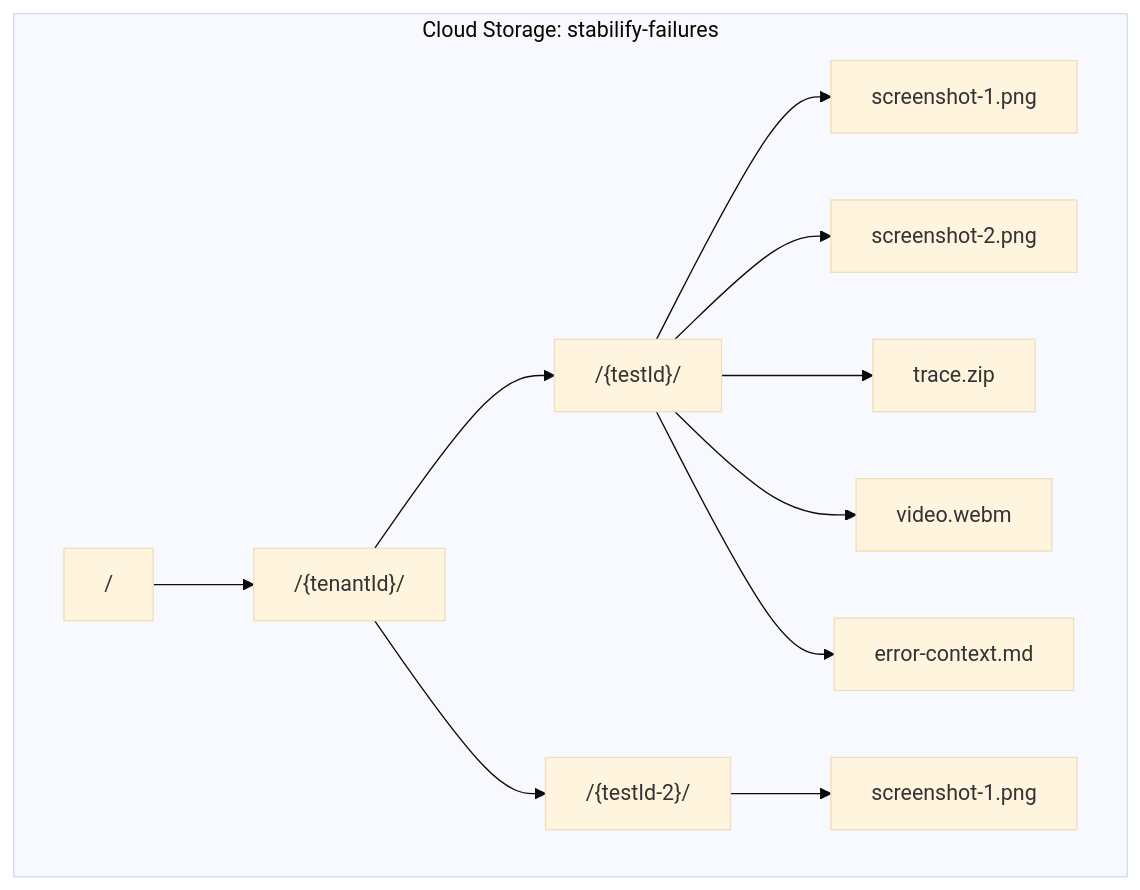
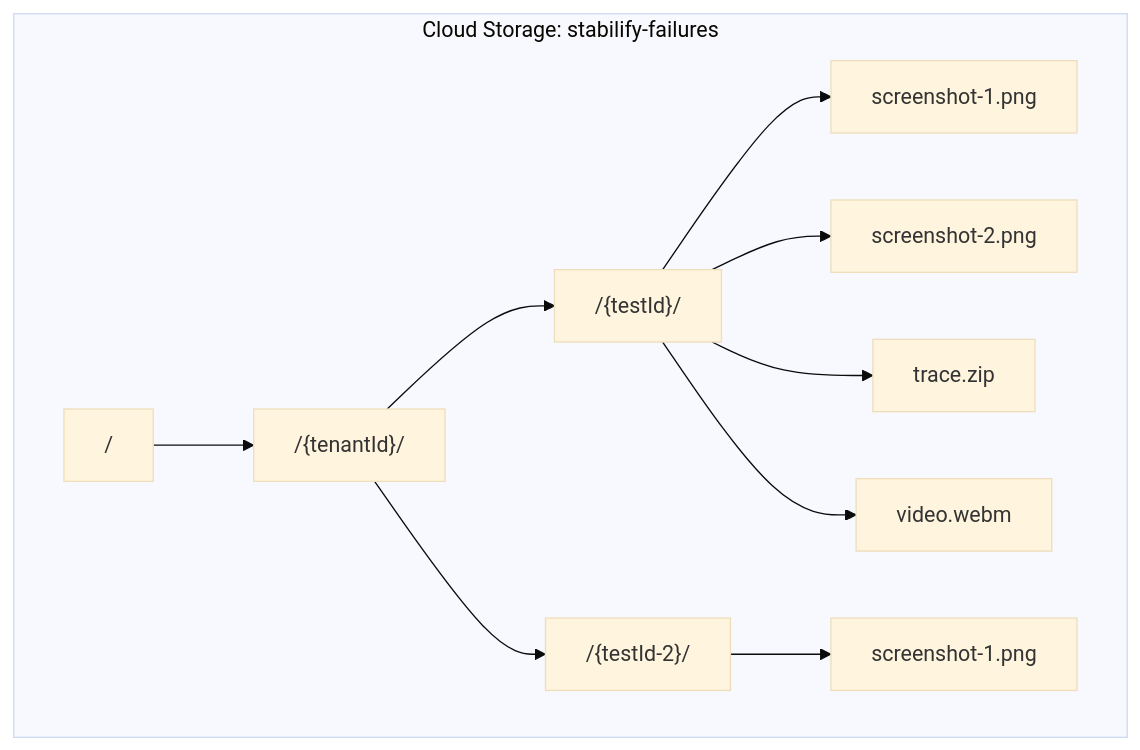
One commit to phillihoch/stabilify changed the fourth of 10 diagrams in docs/architektur-plan-stabilify-server.md. Above: the diagram before and after it, drawn with Mermaid (base theme). The commit also changed other lines of this file and 28 other files, not shown here.

````diff
--- a/docs/architektur-plan-stabilify-server.md
+++ b/docs/architektur-plan-stabilify-server.md
@@ -269,15 +269,14 @@
 ```mermaid
 graph TD
     subgraph "Cloud Storage: stabilify-failures"
         ROOT["/"] --> T1["/{tenantId}/"]
         T1 --> TEST1["/{testId}/"]
         TEST1 --> SS["screenshot-1.png"]
         TEST1 --> SS2["screenshot-2.png"]
         TEST1 --> TR["trace.zip"]
         TEST1 --> VD["video.webm"]
-        TEST1 --> EC["error-context.md"]
 
         T1 --> TEST2["/{testId-2}/"]
         TEST2 --> SS3["screenshot-1.png"]
     end
 ```
````
